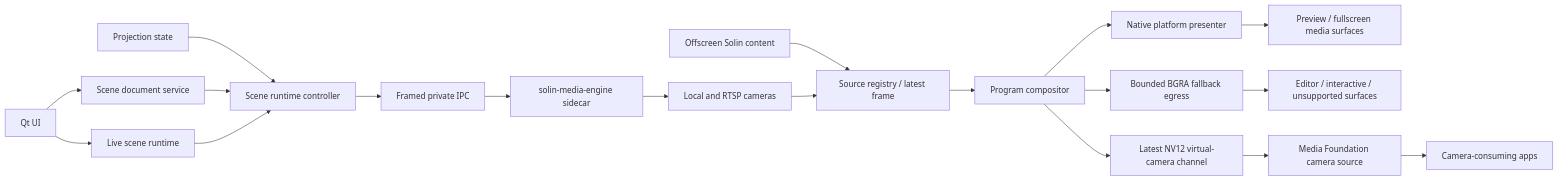
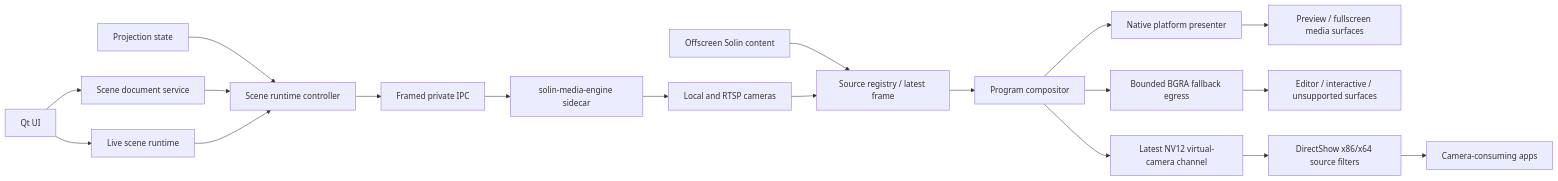
The diagram in docs/native-scenes-engine-implementation-plan.md (Solin-Software/Solin), drawn with Mermaid before and after one commit. The commit also changed other lines of this file and 69 other files, not shown here.

Commit message:
feat(media-engine): replace Windows virtual camera with DirectShow

````diff
--- a/docs/native-scenes-engine-implementation-plan.md
+++ b/docs/native-scenes-engine-implementation-plan.md
@@ -200,21 +200,21 @@
 ```mermaid
 flowchart LR
     UI["Qt UI"] --> DOC["Scene document service"]
     UI --> LIVE["Live scene runtime"]
     PROJ["Projection state"] --> RC["Scene runtime controller"]
     DOC --> RC
     LIVE --> RC
     RC --> IPC["Framed private IPC"]
     IPC --> ENG["solin-media-engine sidecar"]
     CONTENT["Offscreen Solin content"] --> HUB["Source registry / latest frame"]
     CAM["Local and RTSP cameras"] --> HUB
     ENG --> CAM
     HUB --> PROGRAM["Program compositor"]
     PROGRAM --> NATIVE["Native platform presenter"]
     NATIVE --> WINDOWS["Preview / fullscreen media surfaces"]
     PROGRAM --> PREVIEW["Bounded BGRA fallback egress"]
     PREVIEW --> FALLBACK["Editor / interactive / unsupported surfaces"]
     PROGRAM --> SHARE["Latest NV12 virtual-camera channel"]
-    SHARE --> MF["Media Foundation camera source"]
-    MF --> APPS["Camera-consuming apps"]
+    SHARE --> DS["DirectShow x86/x64 source filters"]
+    DS --> APPS["Camera-consuming apps"]
 ```
````
